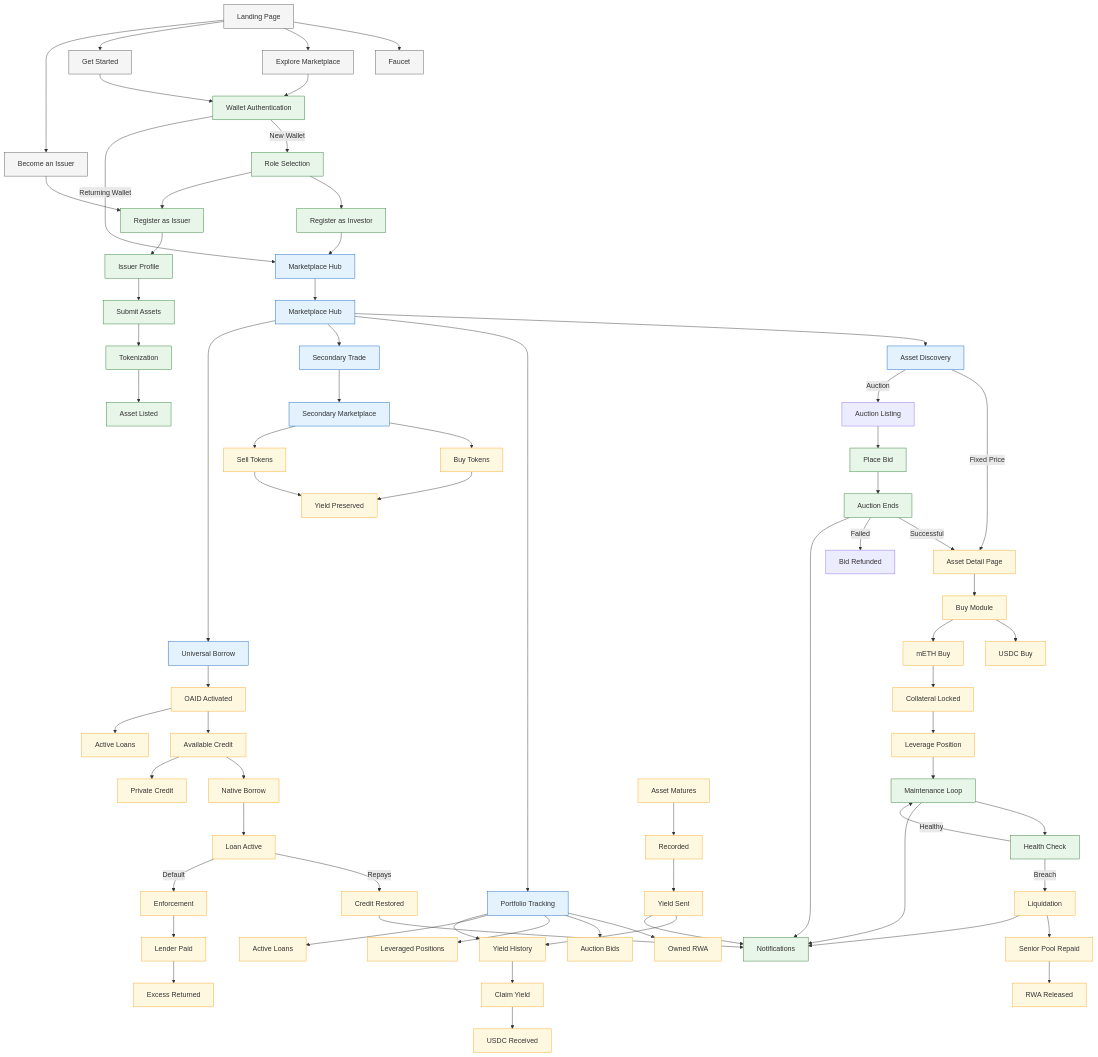
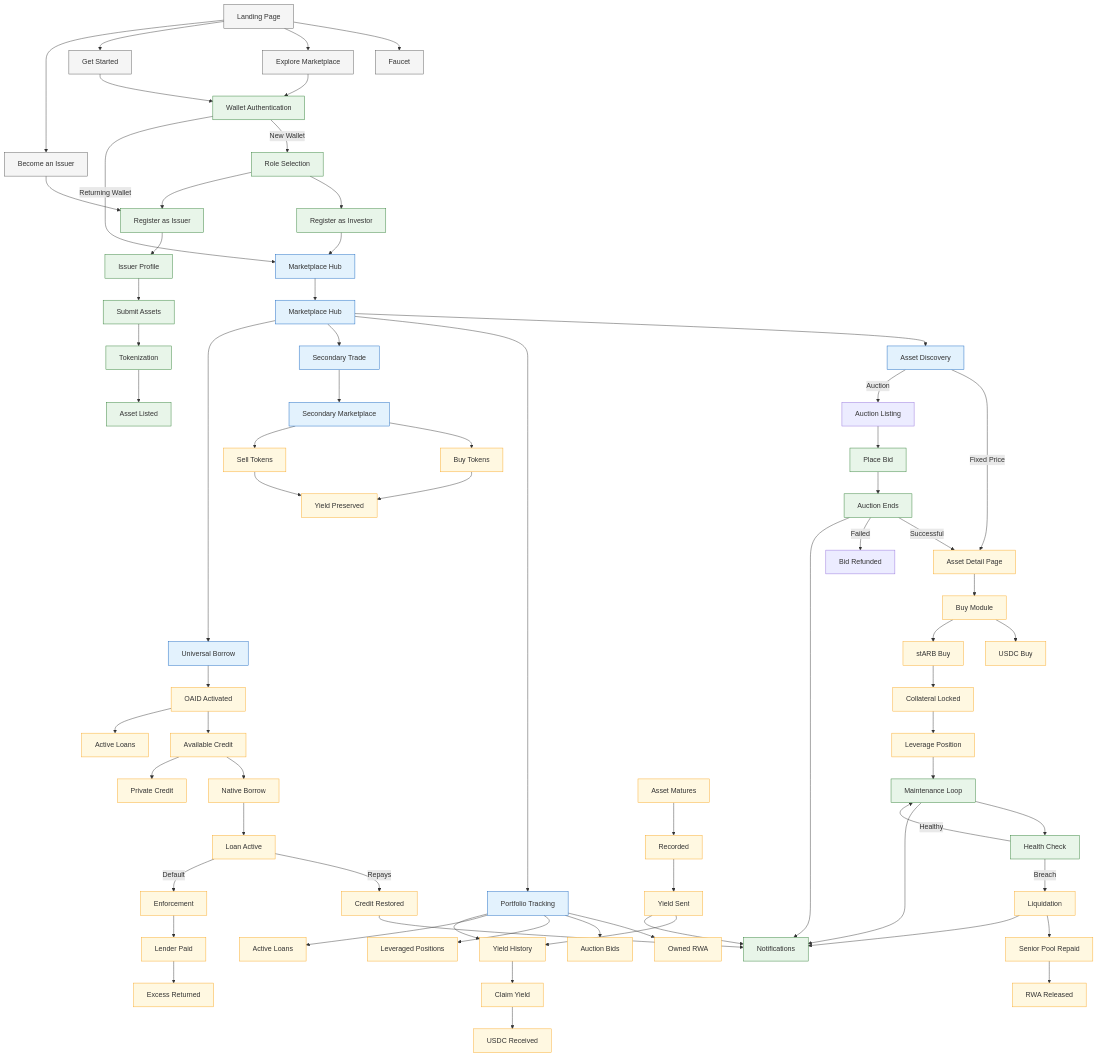
Before and after one commit to TheOpenAssets/TOA-Client: the diagram in README.md, drawn with Mermaid. The commit also changed other lines of this file and 87 other files, not shown here.

```diff
--- a/README.md
+++ b/README.md
@@ -191,7 +191,7 @@
     %% BUY & LEVERAGE
     BM[Buy Module]
     U[USDC Buy]
-    L[mETH Buy]
+    L[stARB Buy]
     LC[Collateral Locked]
     LP[Leverage Position]
 
```
